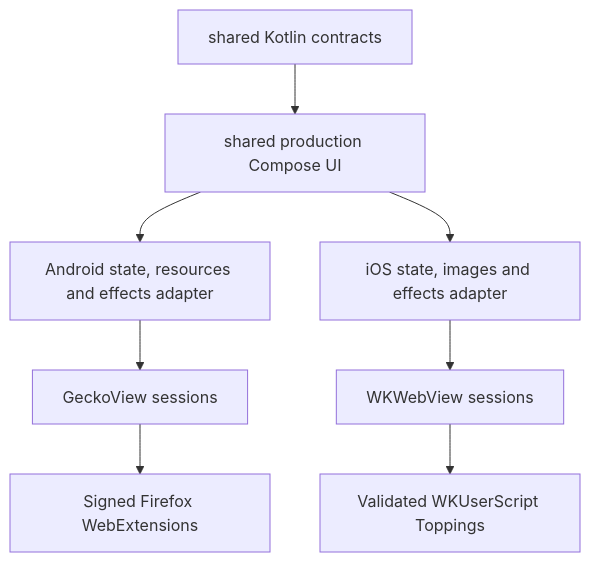
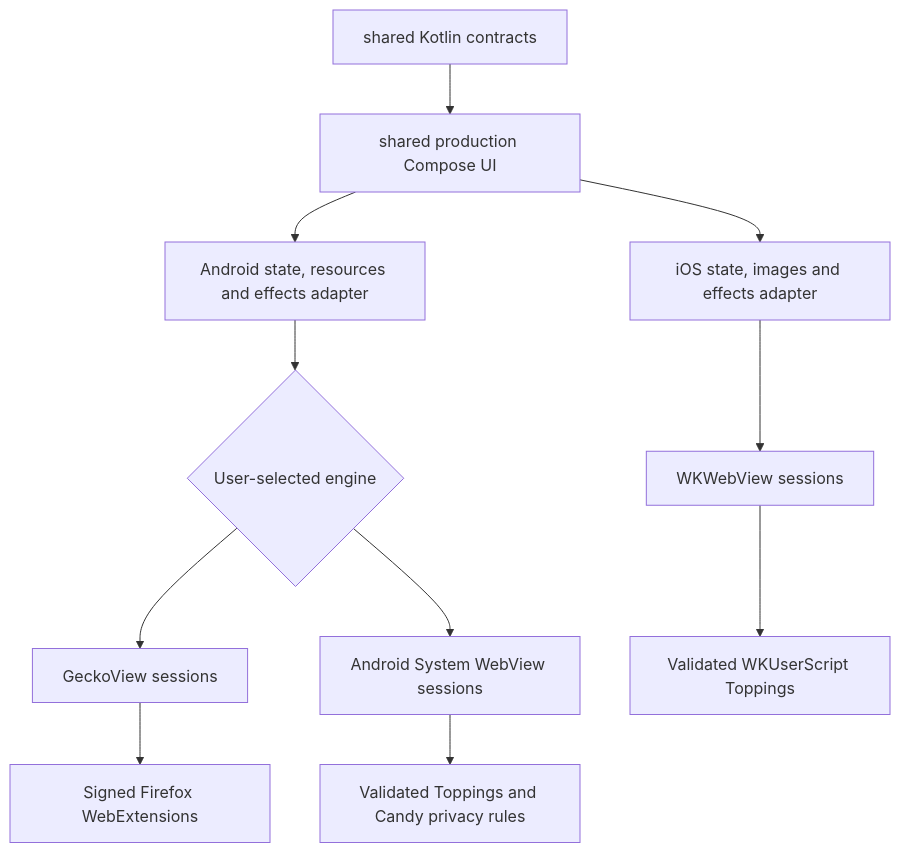
Before and after one commit to sk2andy/candy-browser: the diagram in docs/browsing/platform-engines.md, drawn with Mermaid. The commit also changed other lines of this file and 52 other files, not shown here.

First line of the commit message:
feat(browser): Add selectable Android web engine

````diff
--- a/docs/browsing/platform-engines.md
+++ b/docs/browsing/platform-engines.md
@@ -6,10 +6,13 @@
 ```mermaid
 flowchart TD
     K[shared Kotlin contracts] --> C[shared production Compose UI]
     C --> A[Android state, resources and effects adapter]
     C --> I[iOS state, images and effects adapter]
-    A --> G[GeckoView sessions]
+    A --> E{User-selected engine}
+    E --> G[GeckoView sessions]
+    E --> V[Android System WebView sessions]
     G --> X[Signed Firefox WebExtensions]
+    V --> U[Validated Toppings and Candy privacy rules]
     I --> W[WKWebView sessions]
     W --> T[Validated WKUserScript Toppings]
 ```
````
